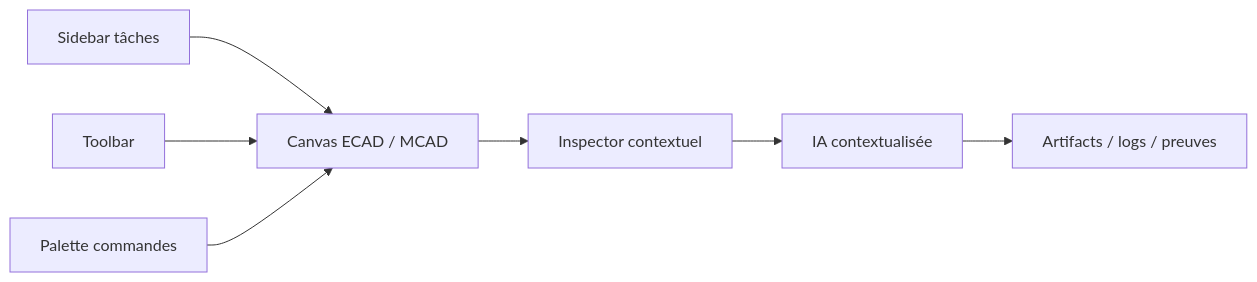
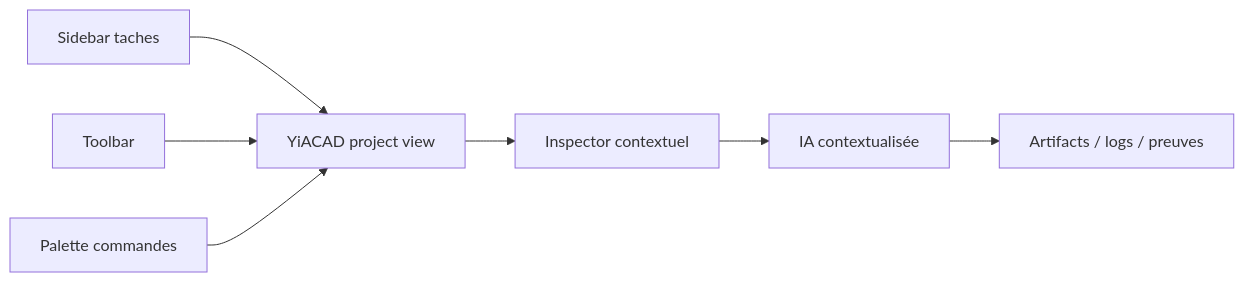
The diagram in specs/yiacad_uiux_apple_native_spec.md (electron-rare/Kill_LIFE), drawn with Mermaid before and after one commit. The commit also changed other lines of this file and 249 other files, not shown here.

````diff
--- a/specs/yiacad_uiux_apple_native_spec.md
+++ b/specs/yiacad_uiux_apple_native_spec.md
@@ -30,9 +36,9 @@
 ```mermaid
 flowchart LR
-  Sidebar["Sidebar tâches"] --> Canvas["Canvas ECAD / MCAD"]
+  Sidebar["Sidebar taches"] --> Canvas["YiACAD project view"]
   Toolbar["Toolbar"] --> Canvas
   Palette["Palette commandes"] --> Canvas
   Canvas --> Inspector["Inspector contextuel"]
   Inspector --> AI["IA contextualisée"]
   AI --> Artifacts["Artifacts / logs / preuves"]
 ```
````
